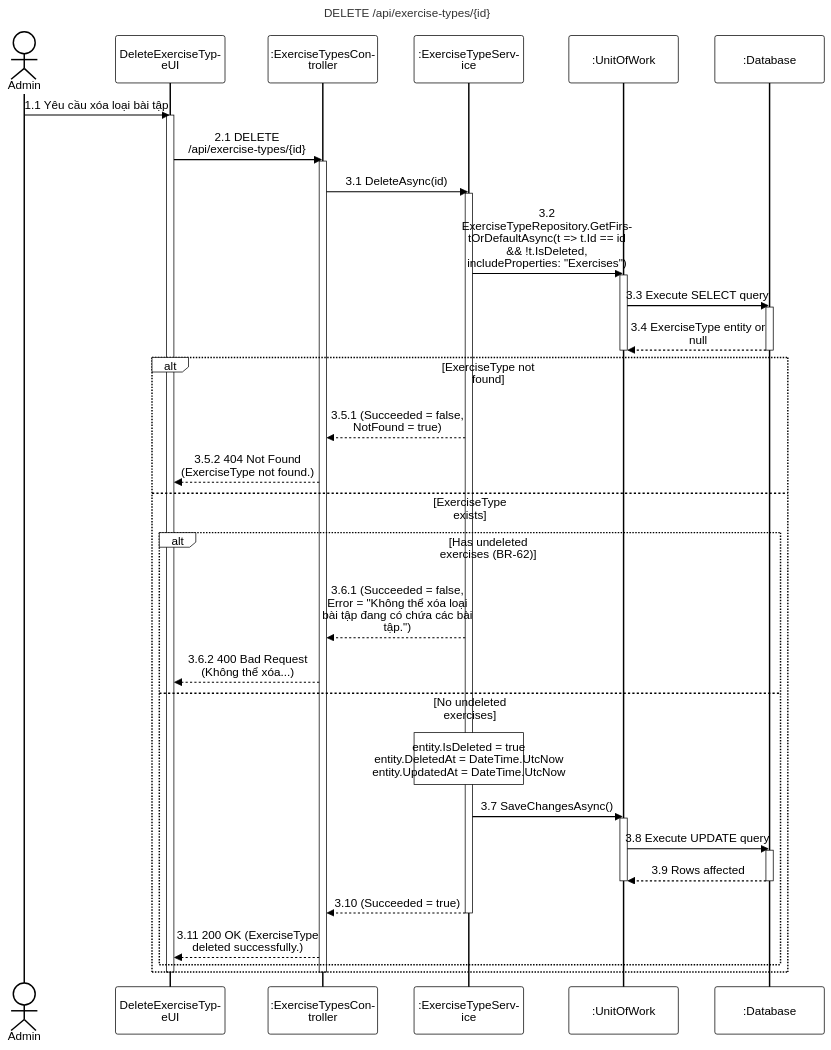
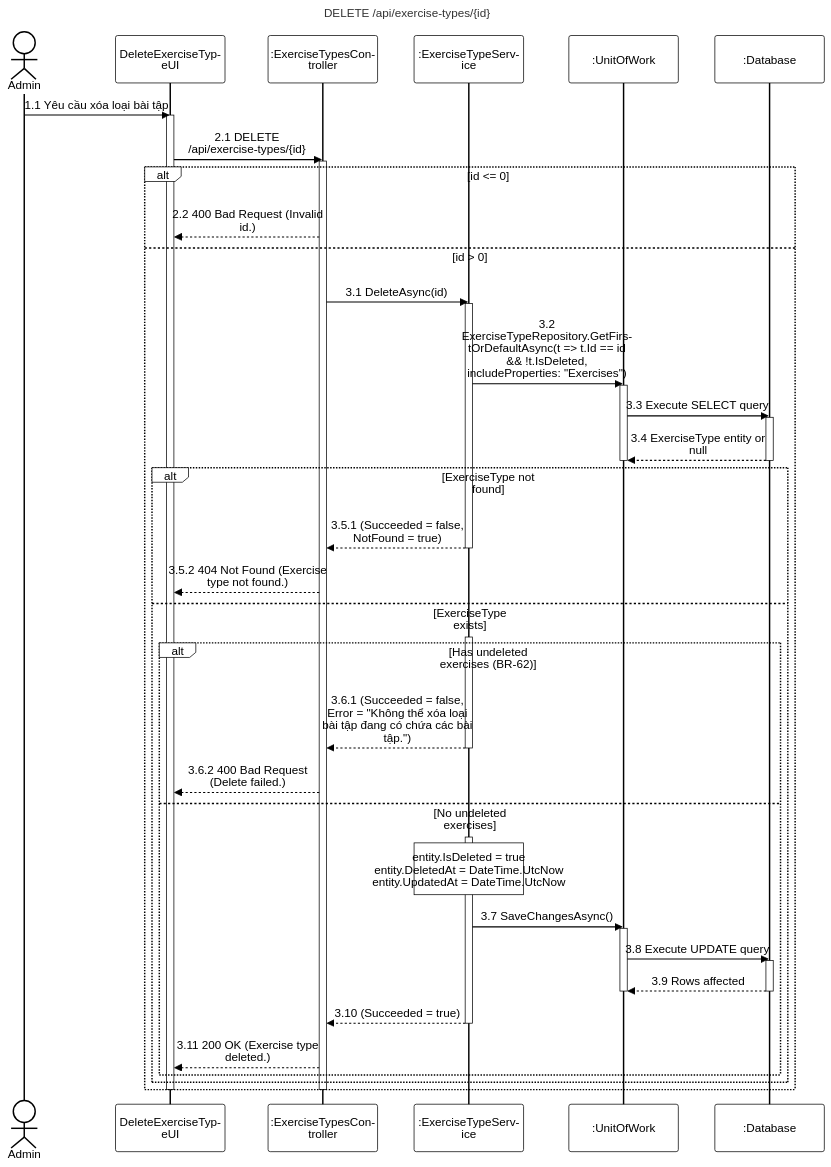
The diagram in 05-exercise-question-management/sequence-diagram/apis/delete-exercise-type.mmd (PhucAnDev/docx-diagram), drawn with Mermaid before and after one commit. The commit also changed 5 other files, not shown here.

Commit message:
fix: update create-exercise-type.mmd, update-exercise-type.mmd, and delete-exercise-type.mmd with correct validations, error messages, and activations

```diff
--- a/05-exercise-question-management/sequence-diagram/apis/delete-exercise-type.mmd
+++ b/05-exercise-question-management/sequence-diagram/apis/delete-exercise-type.mmd
@@ -1,51 +1,59 @@
 %%{init: {'theme':'base', 'themeVariables': {'actorBkg':'#ffffff','actorBorder':'#000000','actorTextColor':'#000000','actorLineColor':'#000000','signalColor':'#000000','signalTextColor':'#000000','labelBoxBkgColor':'#ffffff','labelBoxBorderColor':'#000000','labelTextColor':'#000000','loopTextColor':'#000000','noteBkgColor':'#ffffff','noteBorderColor':'#000000','noteTextColor':'#000000','activationBorderColor':'#000000','activationBkgColor':'#ffffff','sequenceNumberColor':'#000000'}, 'sequence': {'width':150,'height':65,'actorFontSize':16,'messageFontSize':16,'wrap':true,'wrapPadding':10}}}%%
 sequenceDiagram
     title DELETE /api/exercise-types/{id}
     actor Admin as Admin
     participant UI as DeleteExerciseTypeUI
     participant Endpoint as :ExerciseTypesController
     participant Service as :ExerciseTypeService
     participant DB as :UnitOfWork
     participant Database as :Database
 
     Admin->>UI: 1.1 Yêu cầu xóa loại bài tập
     activate UI
     UI->>Endpoint: 2.1 DELETE /api/exercise-types/{id}
     activate Endpoint
 
-    Endpoint->>Service: 3.1 DeleteAsync(id)
-    activate Service
+    alt id <= 0
+        Endpoint-->>UI: 2.2 400 Bad Request (Invalid id.)
+    else id > 0
+        Endpoint->>Service: 3.1 DeleteAsync(id)
+        activate Service
 
-    Service->>DB: 3.2 ExerciseTypeRepository.GetFirstOrDefaultAsync(t => t.Id == id && !t.IsDeleted, includeProperties: "Exercises")
-    activate DB
-    DB->>Database: 3.3 Execute SELECT query
-    activate Database
-    Database-->>DB: 3.4 ExerciseType entity or null
-    deactivate Database
-    deactivate DB
+        Service->>DB: 3.2 ExerciseTypeRepository.GetFirstOrDefaultAsync(t => t.Id == id && !t.IsDeleted, includeProperties: "Exercises")
+        activate DB
+        DB->>Database: 3.3 Execute SELECT query
+        activate Database
+        Database-->>DB: 3.4 ExerciseType entity or null
+        deactivate Database
+        deactivate DB
 
-    alt ExerciseType not found
-        Service-->>Endpoint: 3.5.1 (Succeeded = false, NotFound = true)
-        Endpoint-->>UI: 3.5.2 404 Not Found (ExerciseType not found.)
-    else ExerciseType exists
-        alt Has undeleted exercises (BR-62)
-            Service-->>Endpoint: 3.6.1 (Succeeded = false, Error = "Không thể xóa loại bài tập đang có chứa các bài tập.")
-            Endpoint-->>UI: 3.6.2 400 Bad Request (Không thể xóa...)
-        else No undeleted exercises
-            note over Service: entity.IsDeleted = true<br/>entity.DeletedAt = DateTime.UtcNow<br/>entity.UpdatedAt = DateTime.UtcNow
+        alt ExerciseType not found
+            Service-->>Endpoint: 3.5.1 (Succeeded = false, NotFound = true)
+            deactivate Service
+            Endpoint-->>UI: 3.5.2 404 Not Found (Exercise type not found.)
+        else ExerciseType exists
+            activate Service
+            alt Has undeleted exercises (BR-62)
+                Service-->>Endpoint: 3.6.1 (Succeeded = false, Error = "Không thể xóa loại bài tập đang có chứa các bài tập.")
+                deactivate Service
+                Endpoint-->>UI: 3.6.2 400 Bad Request (Delete failed.)
+            else No undeleted exercises
+                activate Service
+                note over Service: entity.IsDeleted = true<br/>entity.DeletedAt = DateTime.UtcNow<br/>entity.UpdatedAt = DateTime.UtcNow
 
-            Service->>DB: 3.7 SaveChangesAsync()
-            activate DB
-            DB->>Database: 3.8 Execute UPDATE query
-            activate Database
-            Database-->>DB: 3.9 Rows affected
-            deactivate Database
-            deactivate DB
+                Service->>DB: 3.7 SaveChangesAsync()
+                activate DB
+                DB->>Database: 3.8 Execute UPDATE query
+                activate Database
+                Database-->>DB: 3.9 Rows affected
+                deactivate Database
+                deactivate DB
 
-            Service-->>Endpoint: 3.10 (Succeeded = true)
-            deactivate Service
-            Endpoint-->>UI: 3.11 200 OK (ExerciseType deleted successfully.)
+                Service-->>Endpoint: 3.10 (Succeeded = true)
+                deactivate Service
+                Endpoint-->>UI: 3.11 200 OK (Exercise type deleted.)
+            end
         end
     end
     deactivate Endpoint
     deactivate UI
```
